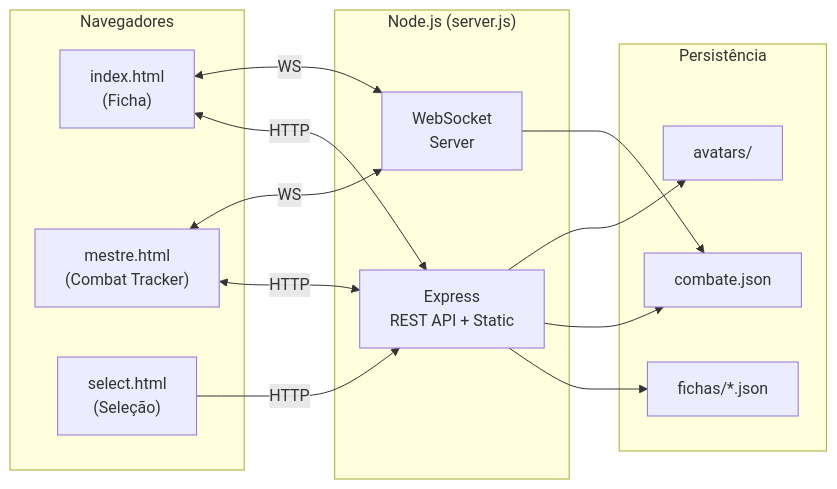
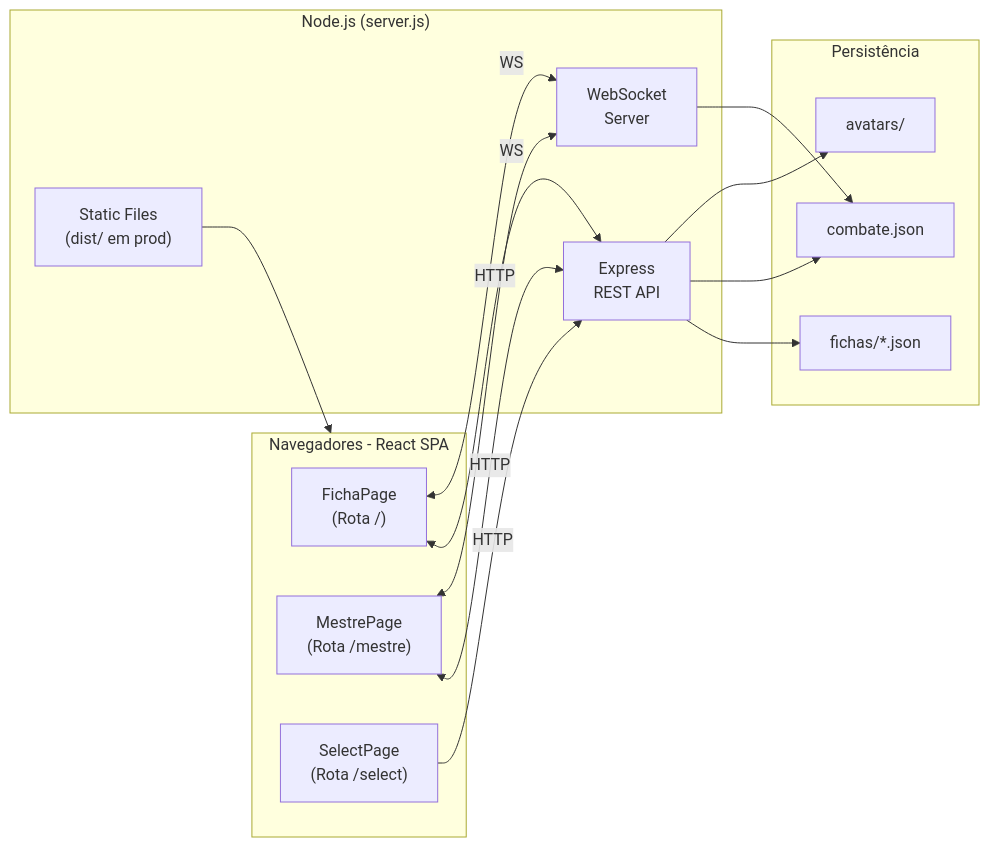
Before and after one commit to danillocesar/arcanaforge: the diagram in README.md, drawn with Mermaid. The commit also changed other lines of this file and 101 other files, not shown here.

````diff
--- a/README.md
+++ b/README.md
@@ -114,31 +192,33 @@
 ```mermaid
 flowchart LR
-  subgraph browser [Navegadores]
-    ficha["index.html\n(Ficha)"]
-    tracker["mestre.html\n(Combat Tracker)"]
-    selecao["select.html\n(Seleção)"]
+  subgraph browser [Navegadores - React SPA]
+    ficha["FichaPage\n(Rota /)"]
+    tracker["MestrePage\n(Rota /mestre)"]
+    selecao["SelectPage\n(Rota /select)"]
   end
 
   subgraph server ["Node.js (server.js)"]
-    express["Express\nREST API + Static"]
+    express["Express\nREST API"]
+    static["Static Files\n(dist/ em prod)"]
     wss["WebSocket\nServer"]
   end
 
   subgraph storage [Persistência]
     fichasDir["fichas/*.json"]
     combateJson["combate.json"]
     avatarsDir["avatars/"]
   end
 
   ficha <-->|HTTP| express
   tracker <-->|HTTP| express
   selecao -->|HTTP| express
 
   ficha <-->|WS| wss
   tracker <-->|WS| wss
 
   express --> fichasDir
   express --> combateJson
   express --> avatarsDir
   wss --> combateJson
+  static --> browser
 ```
````
